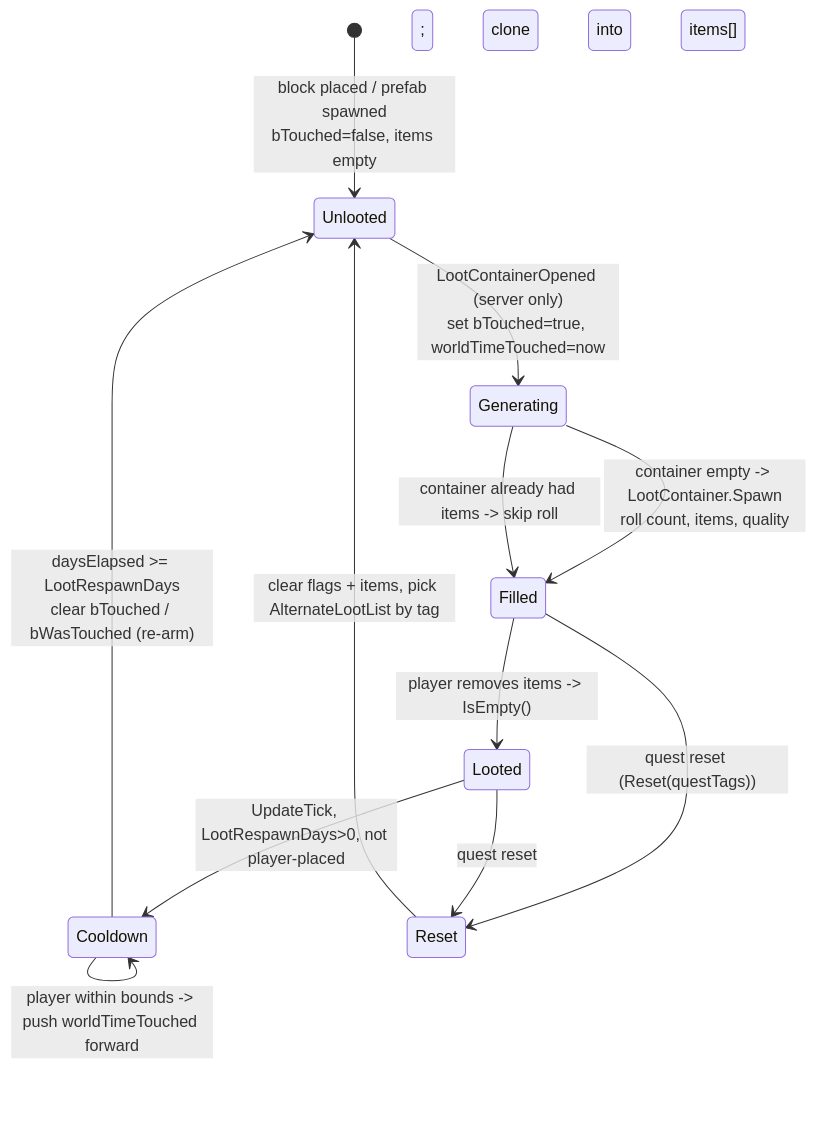
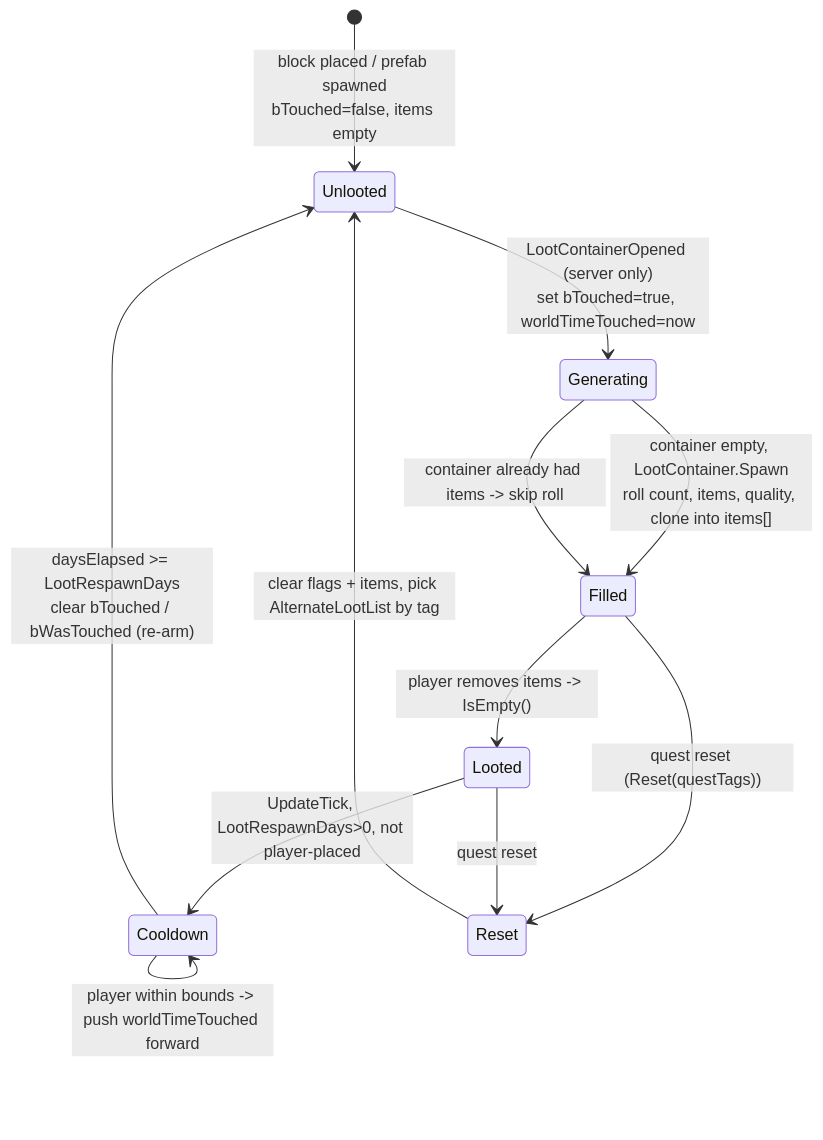
Before and after one commit to hordeforge/7dtd-engine-research: the first of 5 diagrams in docs/loot-economy.md, drawn with Mermaid. The commit also changed other lines of this file and 15 other files, not shown here.

First line of the commit message:
Map every state machine and fix mermaid 8.6 breakages corpus-wide

````diff
--- a/docs/loot-economy.md
+++ b/docs/loot-economy.md
@@ -56,14 +56,14 @@
 ```mermaid
 stateDiagram-v2
   [*] --> Unlooted: block placed / prefab spawned<br/>bTouched=false, items empty
   Unlooted --> Generating: LootContainerOpened (server only)<br/>set bTouched=true, worldTimeTouched=now
-  Generating --> Filled: container empty -> LootContainer.Spawn<br/>roll count, items, quality; clone into items[]
+  Generating --> Filled: container empty, LootContainer.Spawn<br/>roll count, items, quality, clone into items[]
   Generating --> Filled: container already had items -> skip roll
   Filled --> Looted: player removes items -> IsEmpty()
   Looted --> Cooldown: UpdateTick, LootRespawnDays>0, not player-placed
   Cooldown --> Cooldown: player within bounds -> push worldTimeTouched forward
   Cooldown --> Unlooted: daysElapsed >= LootRespawnDays<br/>clear bTouched / bWasTouched (re-arm)
   Filled --> Reset: quest reset (Reset(questTags))
   Looted --> Reset: quest reset
   Reset --> Unlooted: clear flags + items, pick AlternateLootList by tag
 ```
````
